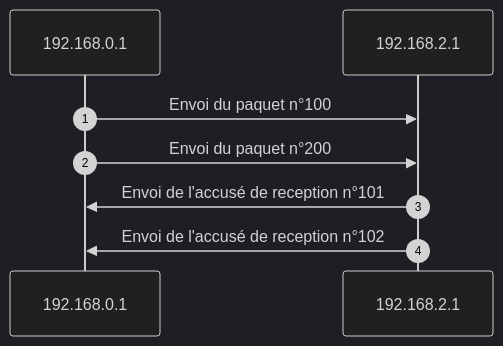
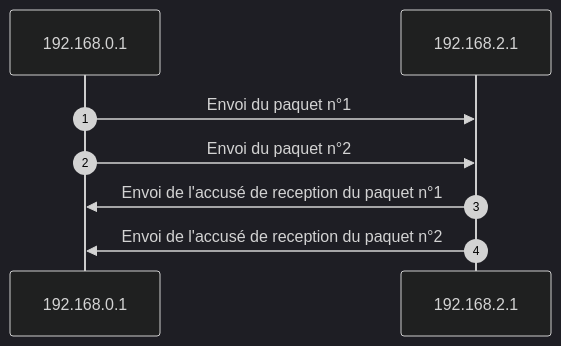
The diagram in première/Principe_des_réseaux/Principe_des_réseaux.md (boddaert/nsi), drawn with Mermaid (dark theme) before and after one commit. The commit also changed other lines of this file and 38 other files, not shown here.

````diff
--- a/première/Principe_des_réseaux/Principe_des_réseaux.md
+++ b/première/Principe_des_réseaux/Principe_des_réseaux.md
@@ -340,8 +319,8 @@
 ```mermaid
 sequenceDiagram
     autonumber
-    192.168.0.1->>192.168.2.1: Envoi du paquet n°100
-    192.168.0.1->>192.168.2.1: Envoi du paquet n°200
-    192.168.2.1->>192.168.0.1: Envoi de l'accusé de reception n°101
-    192.168.2.1->>192.168.0.1: Envoi de l'accusé de reception n°102
+    192.168.0.1->>192.168.2.1: Envoi du paquet n°1
+    192.168.0.1->>192.168.2.1: Envoi du paquet n°2
+    192.168.2.1->>192.168.0.1: Envoi de l'accusé de reception du paquet n°1
+    192.168.2.1->>192.168.0.1: Envoi de l'accusé de reception du paquet n°2
 ```
````
